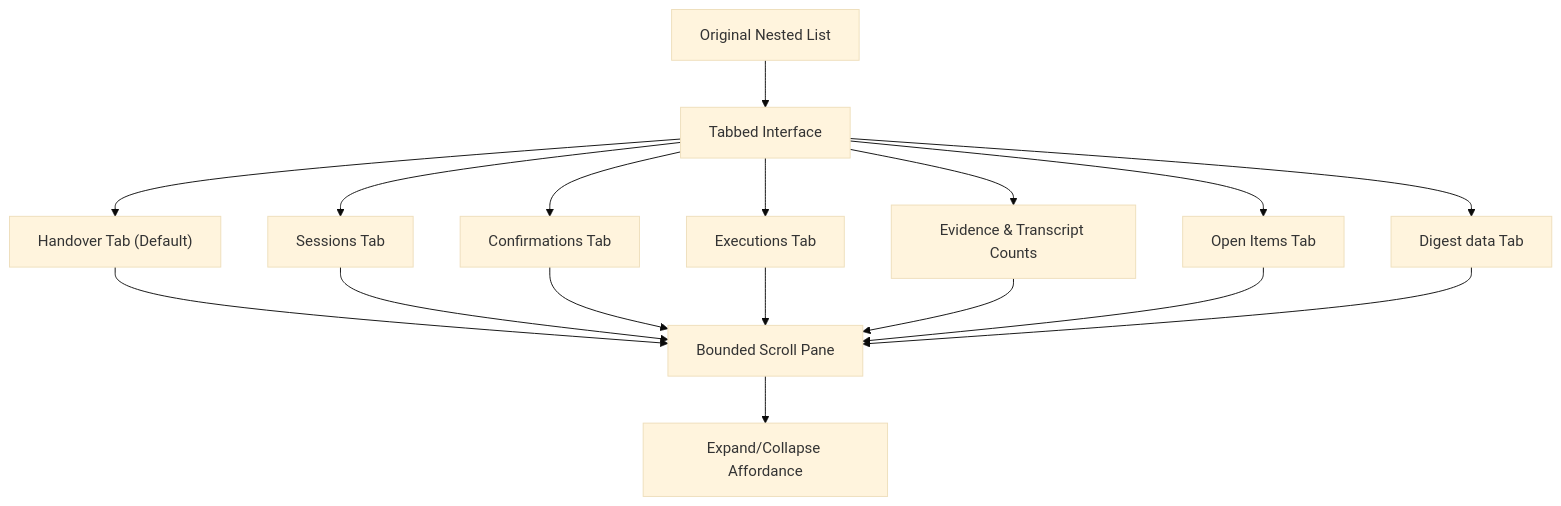
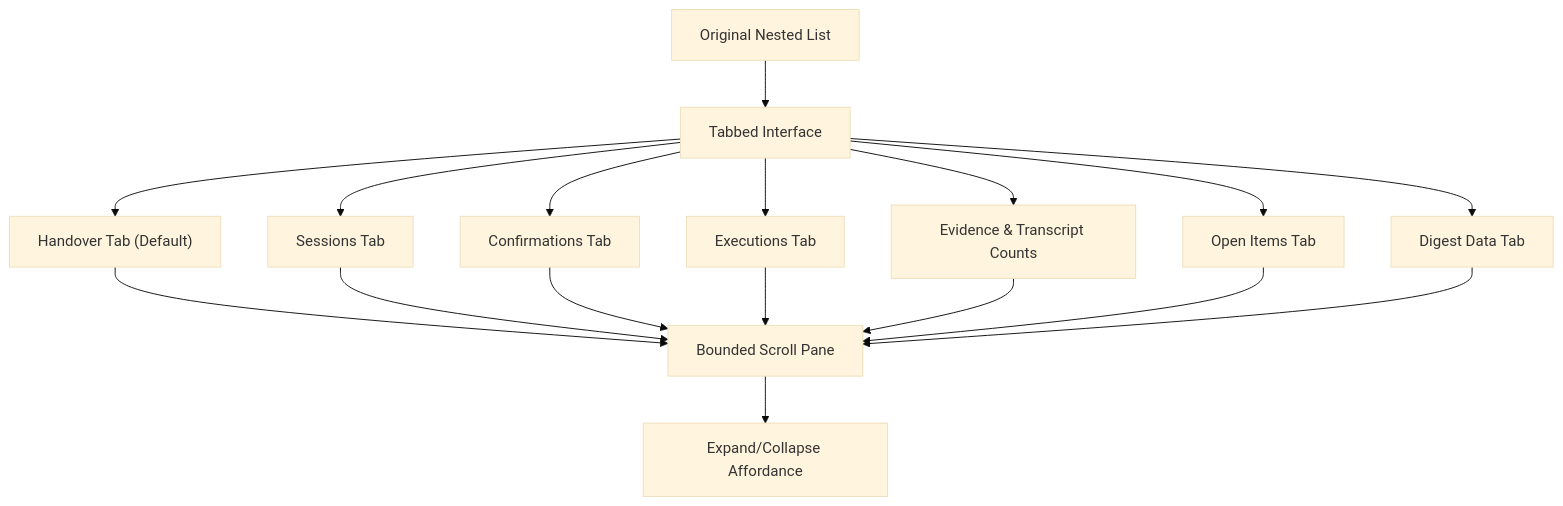
The ninth of 10 diagrams in .qoder/repowiki/en/content/Architecture Documentation/SPEC-040_ Shift-Summary Handover Narrative and Export.md (metasync/luban-aiops), drawn with Mermaid (base theme) before and after one commit. The commit also changed other lines of this file and 11 other files, not shown here.

````diff
--- a/.qoder/repowiki/en/content/Architecture Documentation/SPEC-040_ Shift-Summary Handover Narrative and Export.md
+++ b/.qoder/repowiki/en/content/Architecture Documentation/SPEC-040_ Shift-Summary Handover Narrative and Export.md
@@ -320,19 +363,19 @@
 ```mermaid
 flowchart TD
 Digest["Original Nested List"] --> Tabs["Tabbed Interface"]
 Tabs --> Handover["Handover Tab (Default)"]
 Tabs --> Sessions["Sessions Tab"]
 Tabs --> Confirmations["Confirmations Tab"]
 Tabs --> Executions["Executions Tab"]
 Tabs --> Evidence["Evidence & Transcript Counts"]
 Tabs --> OpenItems["Open Items Tab"]
-Tabs --> RawJSON["Digest data Tab"]
+Tabs --> DigestData["Digest Data Tab"]
 Handover --> Bounded["Bounded Scroll Pane"]
 Sessions --> Bounded
 Confirmations --> Bounded
 Executions --> Bounded
 Evidence --> Bounded
 OpenItems --> Bounded
-RawJSON --> Bounded
+DigestData --> Bounded
 Bounded --> Expand["Expand/Collapse Affordance"]
 ```
````
